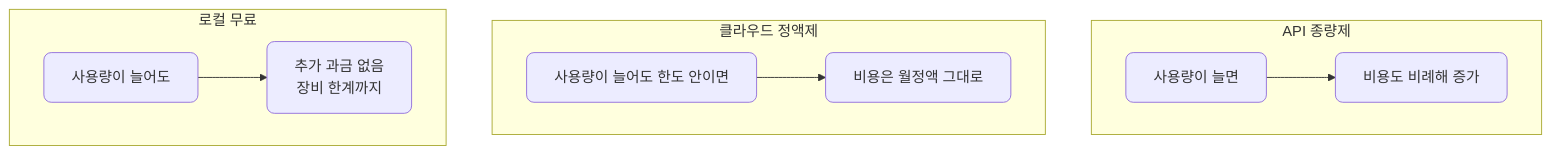
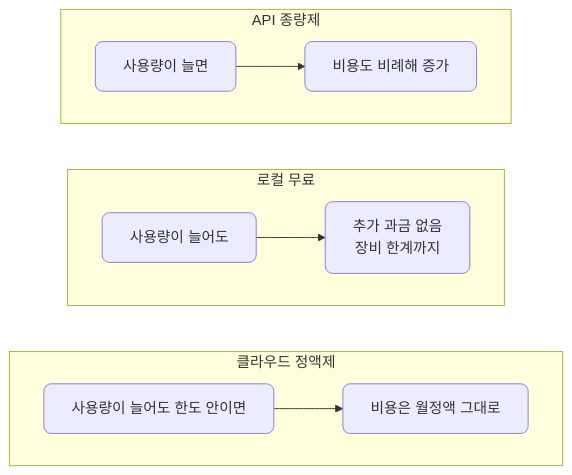
Diagram 15 of 16 in docs/section1/lec02/README.md (CodeCompose7/ai_service_engineering), drawn with Mermaid before and after one commit. The commit also changed other lines of this file, not shown here.

Commit message:
lec02: 비교용 mermaid subgraph를 세로 배치로 변경
flowchart TB 안에서 비교 패널 subgraph들이 가로로(정의 역순으로)
붙던 것을 subgraph 사이 invisible link(~~~)로 세로로 쌓이게 합니다.
대상은 환각 기대/실제, 토큰 영어/한국어, 입력 길이 트레이드오프,
과금 거동 3종, 지연 스트리밍 비교입니다. 과금 거동 그림은 표·분기
그림과 같은 순서(종량제→로컬→정액제)로 재배열합니다.

````diff
--- a/docs/section1/lec02/README.md
+++ b/docs/section1/lec02/README.md
@@ -299,16 +302,17 @@
 ```mermaid
 flowchart TB
   subgraph M1["API 종량제"]
     direction LR
     A1["사용량이 늘면"] --> A2["비용도 비례해 증가"]
   end
-  subgraph M2["클라우드 정액제"]
+  subgraph M2["로컬 무료"]
+    direction LR
+    C1["사용량이 늘어도"] --> C2["추가 과금 없음<br/>장비 한계까지"]
+  end
+  subgraph M3["클라우드 정액제"]
     direction LR
     B1["사용량이 늘어도 한도 안이면"] --> B2["비용은 월정액 그대로"]
   end
-  subgraph M3["로컬 무료"]
-    direction LR
-    C1["사용량이 늘어도"] --> C2["추가 과금 없음<br/>장비 한계까지"]
-  end
+  M1 ~~~ M2 ~~~ M3
   classDef default rx:8,ry:8;
 ```
````
